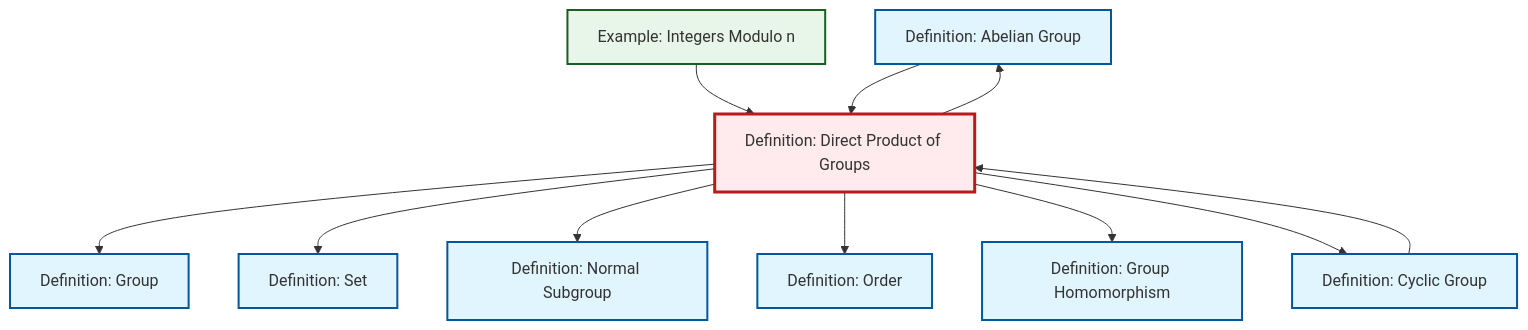
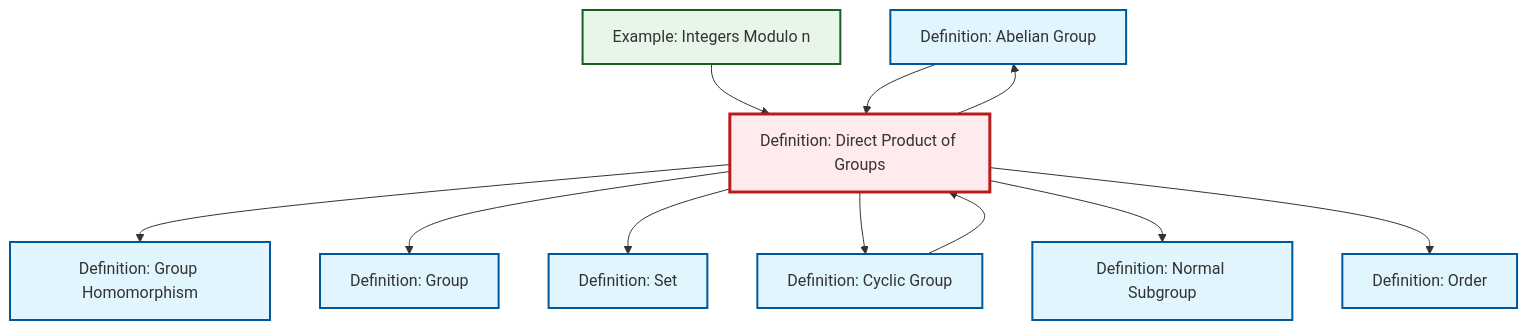
The diagram in content/en/algebra/def-direct-product.qmd (RK0429/ModernMath), drawn with Mermaid before and after one commit. The commit also changed other lines of this file and 634 other files, not shown here.

````diff
--- a/content/en/algebra/def-direct-product.qmd
+++ b/content/en/algebra/def-direct-product.qmd
@@ -107,37 +107,37 @@
 ```{mermaid}
 %%| fig-cap: "Local dependency graph"
 graph TD
     classDef definition fill:#e1f5fe,stroke:#01579b,stroke-width:2px
     classDef theorem fill:#f3e5f5,stroke:#4a148c,stroke-width:2px
     classDef axiom fill:#fff3e0,stroke:#e65100,stroke-width:2px
     classDef example fill:#e8f5e9,stroke:#1b5e20,stroke-width:2px
     classDef current fill:#ffebee,stroke:#b71c1c,stroke-width:3px
-    def-normal-subgroup["Definition: Normal Subgroup"]:::definition
+    def-group["Definition: Group"]:::definition
     def-abelian-group["Definition: Abelian Group"]:::definition
-    def-group["Definition: Group"]:::definition
     def-set["Definition: Set"]:::definition
     def-cyclic-group["Definition: Cyclic Group"]:::definition
+    def-normal-subgroup["Definition: Normal Subgroup"]:::definition
+    def-direct-product["Definition: Direct Product of Groups"]:::definition
+    def-order["Definition: Order"]:::definition
     ex-quotient-integers-mod-n["Example: Integers Modulo n"]:::example
     def-homomorphism["Definition: Group Homomorphism"]:::definition
-    def-order["Definition: Order"]:::definition
-    def-direct-product["Definition: Direct Product of Groups"]:::definition
+    def-direct-product --> def-homomorphism
     def-direct-product --> def-group
+    def-cyclic-group --> def-direct-product
+    def-direct-product --> def-abelian-group
     ex-quotient-integers-mod-n --> def-direct-product
     def-direct-product --> def-set
+    def-abelian-group --> def-direct-product
+    def-direct-product --> def-cyclic-group
     def-direct-product --> def-normal-subgroup
     def-direct-product --> def-order
-    def-cyclic-group --> def-direct-product
-    def-direct-product --> def-homomorphism
-    def-direct-product --> def-abelian-group
-    def-abelian-group --> def-direct-product
-    def-direct-product --> def-cyclic-group
     class def-direct-product current
-    click def-normal-subgroup "def-normal-subgroup.html" "Go to Normal Subgroup definition"
+    click def-group "def-group.html" "Go to Group definition"
     click def-abelian-group "def-abelian-group.html" "Go to Abelian Group definition"
-    click def-group "def-group.html" "Go to Group definition"
     click def-set "def-set.html" "Go to Set definition"
     click def-cyclic-group "def-cyclic-group.html" "Go to Cyclic Group definition"
+    click def-normal-subgroup "def-normal-subgroup.html" "Go to Normal Subgroup definition"
+    click def-order "def-order.html" "Go to Order definition"
     click ex-quotient-integers-mod-n "ex-quotient-integers-mod-n.html" "Go to Integers Modulo n example"
     click def-homomorphism "def-homomorphism.html" "Go to Group Homomorphism definition"
-    click def-order "def-order.html" "Go to Order definition"
 ```
````
